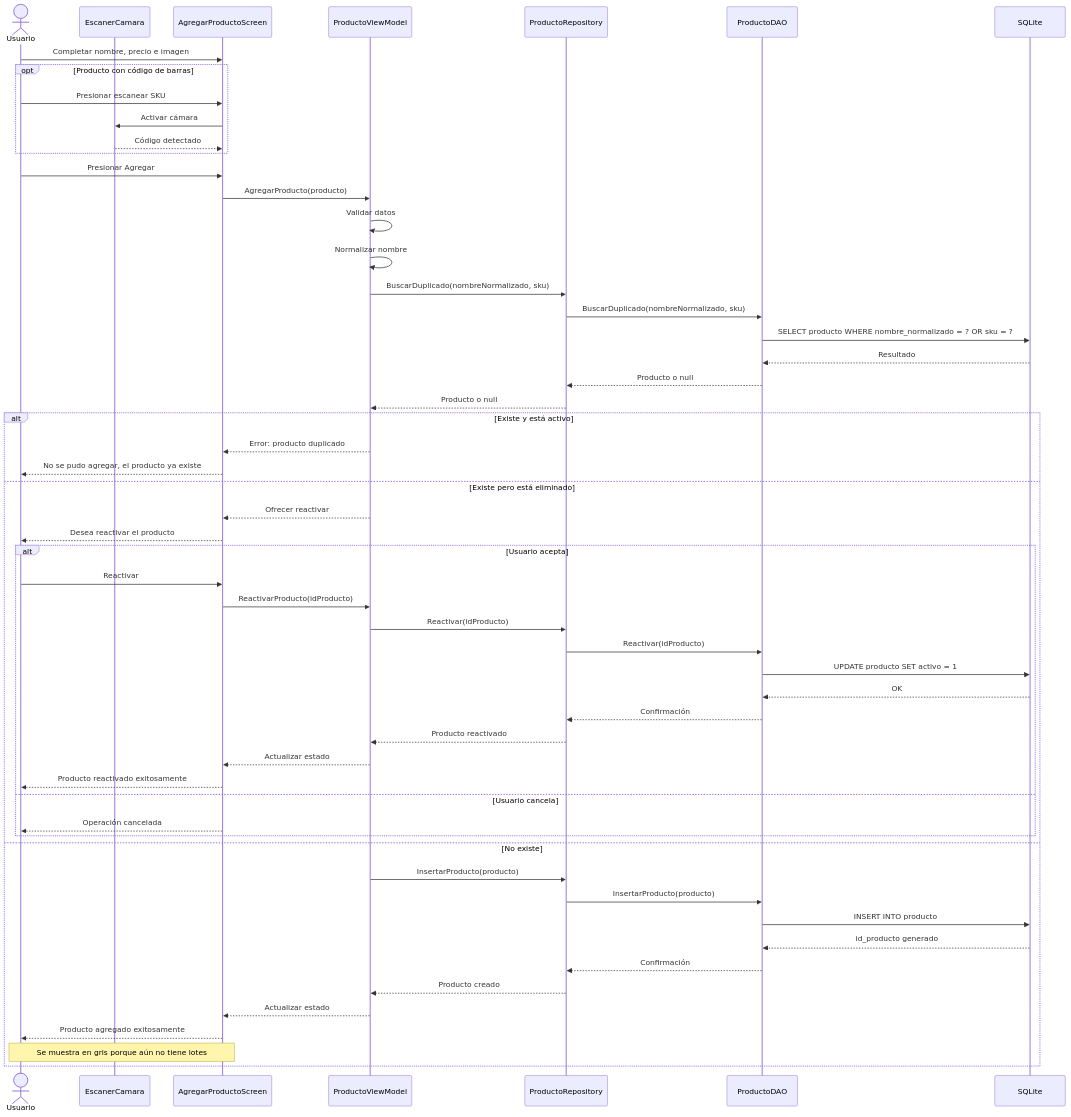
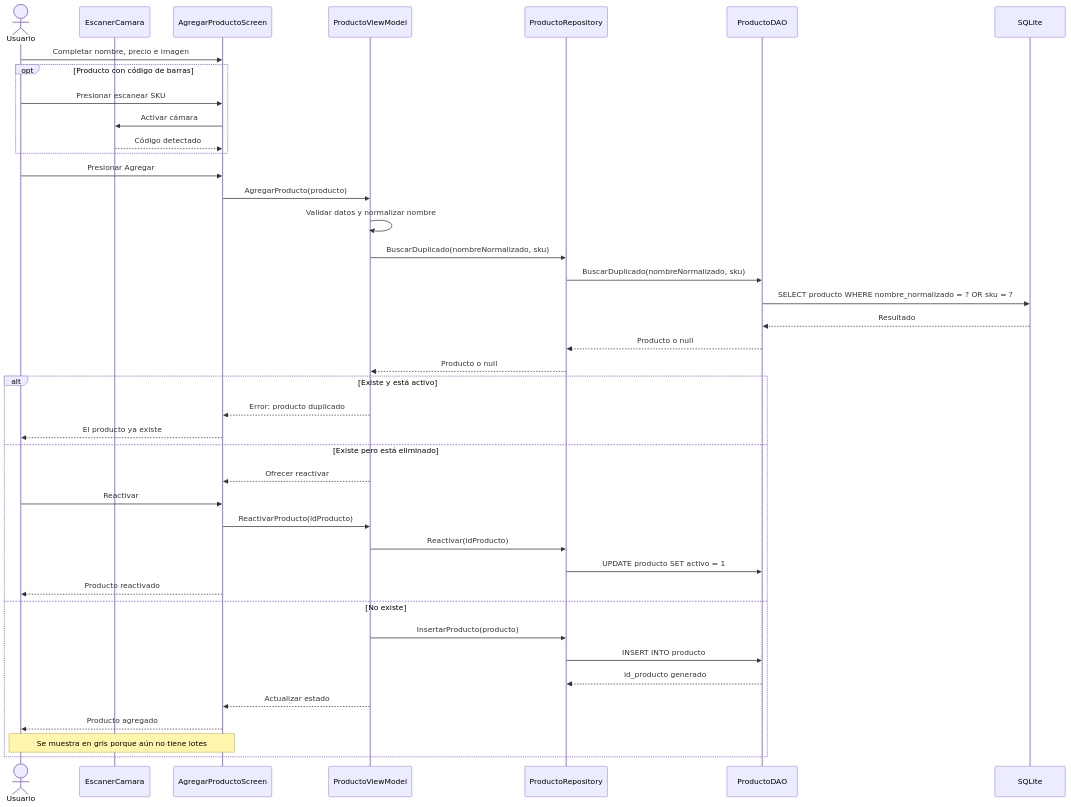
The third of 6 diagrams in README.md (CokkeDev/Mi-Negocio), drawn with Mermaid before and after one commit. The commit also changed other lines of this file and 7 other files, not shown here.

````diff
--- a/README.md
+++ b/README.md
@@ -92,59 +155,45 @@
 ```mermaid
 sequenceDiagram
     actor Usuario
     participant Scanner as EscanerCamara
     participant Screen as AgregarProductoScreen
     participant VM as ProductoViewModel
     participant Repo as ProductoRepository
     participant DAO as ProductoDAO
     participant DB as SQLite
 
     Usuario->>Screen: Completar nombre, precio e imagen
     opt Producto con código de barras
         Usuario->>Screen: Presionar escanear SKU
         Screen->>Scanner: Activar cámara
         Scanner-->>Screen: Código detectado
     end
     Usuario->>Screen: Presionar Agregar
     Screen->>VM: AgregarProducto(producto)
-    VM->>VM: Validar datos
-    VM->>VM: Normalizar nombre
+    VM->>VM: Validar datos y normalizar nombre
     VM->>Repo: BuscarDuplicado(nombreNormalizado, sku)
     Repo->>DAO: BuscarDuplicado(nombreNormalizado, sku)
     DAO->>DB: SELECT producto WHERE nombre_normalizado = ? OR sku = ?
     DB-->>DAO: Resultado
     DAO-->>Repo: Producto o null
     Repo-->>VM: Producto o null
 
     alt Existe y está activo
         VM-->>Screen: Error: producto duplicado
-        Screen-->>Usuario: No se pudo agregar, el producto ya existe
+        Screen-->>Usuario: El producto ya existe
     else Existe pero está eliminado
         VM-->>Screen: Ofrecer reactivar
-        Screen-->>Usuario: Desea reactivar el producto
-        alt Usuario acepta
-            Usuario->>Screen: Reactivar
-            Screen->>VM: ReactivarProducto(idProducto)
-            VM->>Repo: Reactivar(idProducto)
-            Repo->>DAO: Reactivar(idProducto)
-            DAO->>DB: UPDATE producto SET activo = 1
-            DB-->>DAO: OK
-            DAO-->>Repo: Confirmación
-            Repo-->>VM: Producto reactivado
-            VM-->>Screen: Actualizar estado
-            Screen-->>Usuario: Producto reactivado exitosamente
-        else Usuario cancela
-            Screen-->>Usuario: Operación cancelada
-        end
+        Usuario->>Screen: Reactivar
+        Screen->>VM: ReactivarProducto(idProducto)
+        VM->>Repo: Reactivar(idProducto)
+        Repo->>DAO: UPDATE producto SET activo = 1
+        Screen-->>Usuario: Producto reactivado
     else No existe
         VM->>Repo: InsertarProducto(producto)
-        Repo->>DAO: InsertarProducto(producto)
-        DAO->>DB: INSERT INTO producto
-        DB-->>DAO: id_producto generado
-        DAO-->>Repo: Confirmación
-        Repo-->>VM: Producto creado
+        Repo->>DAO: INSERT INTO producto
+        DAO-->>Repo: id_producto generado
         VM-->>Screen: Actualizar estado
-        Screen-->>Usuario: Producto agregado exitosamente
+        Screen-->>Usuario: Producto agregado
         Note over Screen,Usuario: Se muestra en gris porque aún no tiene lotes
     end
 ```
````
